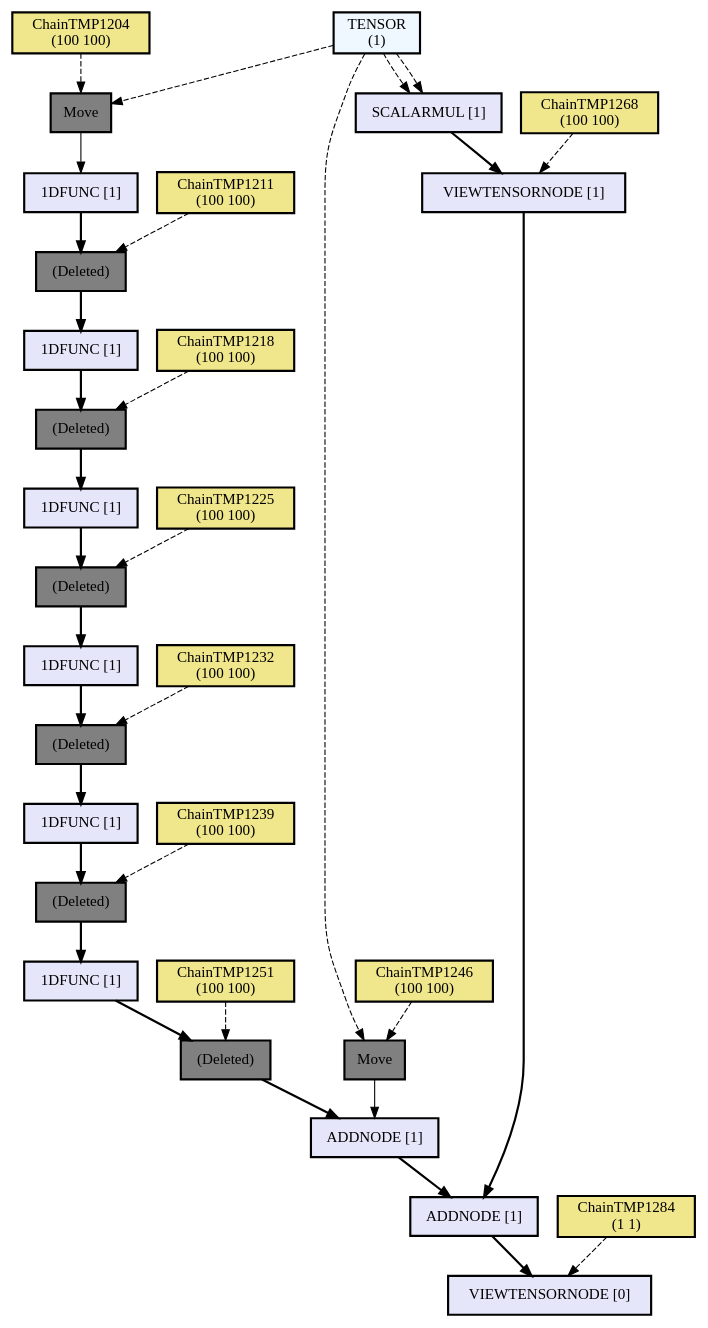
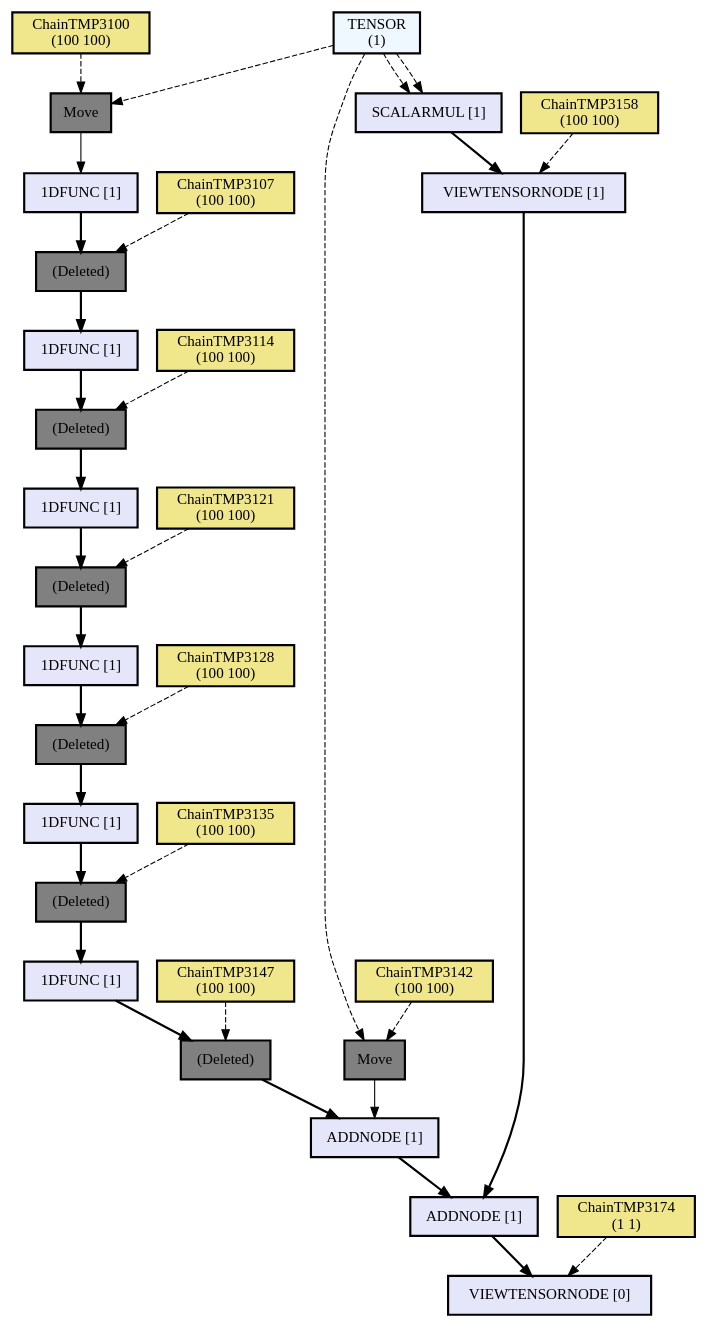
The diagram in assets/out3.dot (hikettei/cl-waffe2), drawn with Graphviz before and after one commit. The commit also changed 10 other files, not shown here.

```diff
--- a/assets/out3.dot
+++ b/assets/out3.dot
@@ -1,82 +1,82 @@
 digraph computation_node {
   node[shape="box" style="filled" color="black" penwidth="2"];
   TENSOR [label = "TENSOR
 (100 100)" fillcolor="#f0f8ff" style="filled, solid"];
-  ChainTMP1204 [label = "ChainTMP1204
+  ChainTMP3100 [label = "ChainTMP3100
 (100 100)" fillcolor="#f0e68c" style="filled, solid"];
-  NODE1354 [label = "Move" fillcolor="gray" style="filled, solid"];
-  NODE1353 [label = "1DFUNC [1]" fillcolor="#e6e6fa" style="filled, solid"];
-  ChainTMP1211 [label = "ChainTMP1211
+  NODE3240 [label = "Move" fillcolor="gray" style="filled, solid"];
+  NODE3239 [label = "1DFUNC [1]" fillcolor="#e6e6fa" style="filled, solid"];
+  ChainTMP3107 [label = "ChainTMP3107
 (100 100)" fillcolor="#f0e68c" style="filled, solid"];
-  NODE1351 [label = "(Deleted)" fillcolor="gray" style="filled, solid"];
-  NODE1350 [label = "1DFUNC [1]" fillcolor="#e6e6fa" style="filled, solid"];
-  ChainTMP1218 [label = "ChainTMP1218
+  NODE3237 [label = "(Deleted)" fillcolor="gray" style="filled, solid"];
+  NODE3236 [label = "1DFUNC [1]" fillcolor="#e6e6fa" style="filled, solid"];
+  ChainTMP3114 [label = "ChainTMP3114
 (100 100)" fillcolor="#f0e68c" style="filled, solid"];
-  NODE1348 [label = "(Deleted)" fillcolor="gray" style="filled, solid"];
-  NODE1347 [label = "1DFUNC [1]" fillcolor="#e6e6fa" style="filled, solid"];
-  ChainTMP1225 [label = "ChainTMP1225
+  NODE3234 [label = "(Deleted)" fillcolor="gray" style="filled, solid"];
+  NODE3233 [label = "1DFUNC [1]" fillcolor="#e6e6fa" style="filled, solid"];
+  ChainTMP3121 [label = "ChainTMP3121
 (100 100)" fillcolor="#f0e68c" style="filled, solid"];
-  NODE1345 [label = "(Deleted)" fillcolor="gray" style="filled, solid"];
-  NODE1344 [label = "1DFUNC [1]" fillcolor="#e6e6fa" style="filled, solid"];
-  ChainTMP1232 [label = "ChainTMP1232
+  NODE3231 [label = "(Deleted)" fillcolor="gray" style="filled, solid"];
+  NODE3230 [label = "1DFUNC [1]" fillcolor="#e6e6fa" style="filled, solid"];
+  ChainTMP3128 [label = "ChainTMP3128
 (100 100)" fillcolor="#f0e68c" style="filled, solid"];
-  NODE1342 [label = "(Deleted)" fillcolor="gray" style="filled, solid"];
-  NODE1341 [label = "1DFUNC [1]" fillcolor="#e6e6fa" style="filled, solid"];
-  ChainTMP1239 [label = "ChainTMP1239
+  NODE3228 [label = "(Deleted)" fillcolor="gray" style="filled, solid"];
+  NODE3227 [label = "1DFUNC [1]" fillcolor="#e6e6fa" style="filled, solid"];
+  ChainTMP3135 [label = "ChainTMP3135
 (100 100)" fillcolor="#f0e68c" style="filled, solid"];
-  NODE1339 [label = "(Deleted)" fillcolor="gray" style="filled, solid"];
-  NODE1338 [label = "1DFUNC [1]" fillcolor="#e6e6fa" style="filled, solid"];
-  ChainTMP1251 [label = "ChainTMP1251
+  NODE3225 [label = "(Deleted)" fillcolor="gray" style="filled, solid"];
+  NODE3224 [label = "1DFUNC [1]" fillcolor="#e6e6fa" style="filled, solid"];
+  ChainTMP3147 [label = "ChainTMP3147
 (100 100)" fillcolor="#f0e68c" style="filled, solid"];
-  NODE1336 [label = "(Deleted)" fillcolor="gray" style="filled, solid"];
+  NODE3222 [label = "(Deleted)" fillcolor="gray" style="filled, solid"];
   TENSOR [label = "TENSOR
 (100 100)" fillcolor="#f0f8ff" style="filled, solid"];
-  ChainTMP1246 [label = "ChainTMP1246
+  ChainTMP3142 [label = "ChainTMP3142
 (100 100)" fillcolor="#f0e68c" style="filled, solid"];
-  NODE1333 [label = "Move" fillcolor="gray" style="filled, solid"];
-  NODE1332 [label = "ADDNODE [1]" fillcolor="#e6e6fa" style="filled, solid"];
+  NODE3219 [label = "Move" fillcolor="gray" style="filled, solid"];
+  NODE3218 [label = "ADDNODE [1]" fillcolor="#e6e6fa" style="filled, solid"];
   TENSOR [label = "TENSOR
 (1 1)" fillcolor="#f0f8ff" style="filled, solid"];
   TENSOR [label = "TENSOR
 (1)" fillcolor="#f0f8ff" style="filled, solid"];
-  NODE1329 [label = "SCALARMUL [1]" fillcolor="#e6e6fa" style="filled, solid"];
-  ChainTMP1268 [label = "ChainTMP1268
+  NODE3215 [label = "SCALARMUL [1]" fillcolor="#e6e6fa" style="filled, solid"];
+  ChainTMP3158 [label = "ChainTMP3158
 (100 100)" fillcolor="#f0e68c" style="filled, solid"];
-  NODE1327 [label = "VIEWTENSORNODE [1]" fillcolor="#e6e6fa" style="filled, solid"];
-  NODE1326 [label = "ADDNODE [1]" fillcolor="#e6e6fa" style="filled, solid"];
-  ChainTMP1284 [label = "ChainTMP1284
+  NODE3213 [label = "VIEWTENSORNODE [1]" fillcolor="#e6e6fa" style="filled, solid"];
+  NODE3212 [label = "ADDNODE [1]" fillcolor="#e6e6fa" style="filled, solid"];
+  ChainTMP3174 [label = "ChainTMP3174
 (1 1)" fillcolor="#f0e68c" style="filled, solid"];
-  NODE1324 [label = "VIEWTENSORNODE [0]" fillcolor="#e6e6fa" style="filled, solid"];
-  ChainTMP1284 -> NODE1324[style="dashed"];
-  NODE1326 -> NODE1324[penwidth="2"];
-  NODE1327 -> NODE1326[penwidth="2"];
-  ChainTMP1268 -> NODE1327[style="dashed"];
-  NODE1329 -> NODE1327[penwidth="2"];
-  TENSOR -> NODE1329[style="dashed"];
-  TENSOR -> NODE1329[style="dashed"];
-  NODE1332 -> NODE1326[penwidth="2"];
-  NODE1333 -> NODE1332[weight=10];
-  ChainTMP1246 -> NODE1333[style="dashed"];
-  TENSOR -> NODE1333[style="dashed"];
-  NODE1336 -> NODE1332[penwidth="2"];
-  ChainTMP1251 -> NODE1336[style="dashed"];
-  NODE1338 -> NODE1336[penwidth="2"];
-  NODE1339 -> NODE1338[penwidth="2"];
-  ChainTMP1239 -> NODE1339[style="dashed"];
-  NODE1341 -> NODE1339[penwidth="2"];
-  NODE1342 -> NODE1341[penwidth="2"];
-  ChainTMP1232 -> NODE1342[style="dashed"];
-  NODE1344 -> NODE1342[penwidth="2"];
-  NODE1345 -> NODE1344[penwidth="2"];
-  ChainTMP1225 -> NODE1345[style="dashed"];
-  NODE1347 -> NODE1345[penwidth="2"];
-  NODE1348 -> NODE1347[penwidth="2"];
-  ChainTMP1218 -> NODE1348[style="dashed"];
-  NODE1350 -> NODE1348[penwidth="2"];
-  NODE1351 -> NODE1350[penwidth="2"];
-  ChainTMP1211 -> NODE1351[style="dashed"];
-  NODE1353 -> NODE1351[penwidth="2"];
-  NODE1354 -> NODE1353[weight=10];
-  ChainTMP1204 -> NODE1354[style="dashed"];
-  TENSOR -> NODE1354[style="dashed"];
+  NODE3210 [label = "VIEWTENSORNODE [0]" fillcolor="#e6e6fa" style="filled, solid"];
+  ChainTMP3174 -> NODE3210[style="dashed"];
+  NODE3212 -> NODE3210[penwidth="2"];
+  NODE3213 -> NODE3212[penwidth="2"];
+  ChainTMP3158 -> NODE3213[style="dashed"];
+  NODE3215 -> NODE3213[penwidth="2"];
+  TENSOR -> NODE3215[style="dashed"];
+  TENSOR -> NODE3215[style="dashed"];
+  NODE3218 -> NODE3212[penwidth="2"];
+  NODE3219 -> NODE3218[weight=10];
+  ChainTMP3142 -> NODE3219[style="dashed"];
+  TENSOR -> NODE3219[style="dashed"];
+  NODE3222 -> NODE3218[penwidth="2"];
+  ChainTMP3147 -> NODE3222[style="dashed"];
+  NODE3224 -> NODE3222[penwidth="2"];
+  NODE3225 -> NODE3224[penwidth="2"];
+  ChainTMP3135 -> NODE3225[style="dashed"];
+  NODE3227 -> NODE3225[penwidth="2"];
+  NODE3228 -> NODE3227[penwidth="2"];
+  ChainTMP3128 -> NODE3228[style="dashed"];
+  NODE3230 -> NODE3228[penwidth="2"];
+  NODE3231 -> NODE3230[penwidth="2"];
+  ChainTMP3121 -> NODE3231[style="dashed"];
+  NODE3233 -> NODE3231[penwidth="2"];
+  NODE3234 -> NODE3233[penwidth="2"];
+  ChainTMP3114 -> NODE3234[style="dashed"];
+  NODE3236 -> NODE3234[penwidth="2"];
+  NODE3237 -> NODE3236[penwidth="2"];
+  ChainTMP3107 -> NODE3237[style="dashed"];
+  NODE3239 -> NODE3237[penwidth="2"];
+  NODE3240 -> NODE3239[weight=10];
+  ChainTMP3100 -> NODE3240[style="dashed"];
+  TENSOR -> NODE3240[style="dashed"];
 }
```
